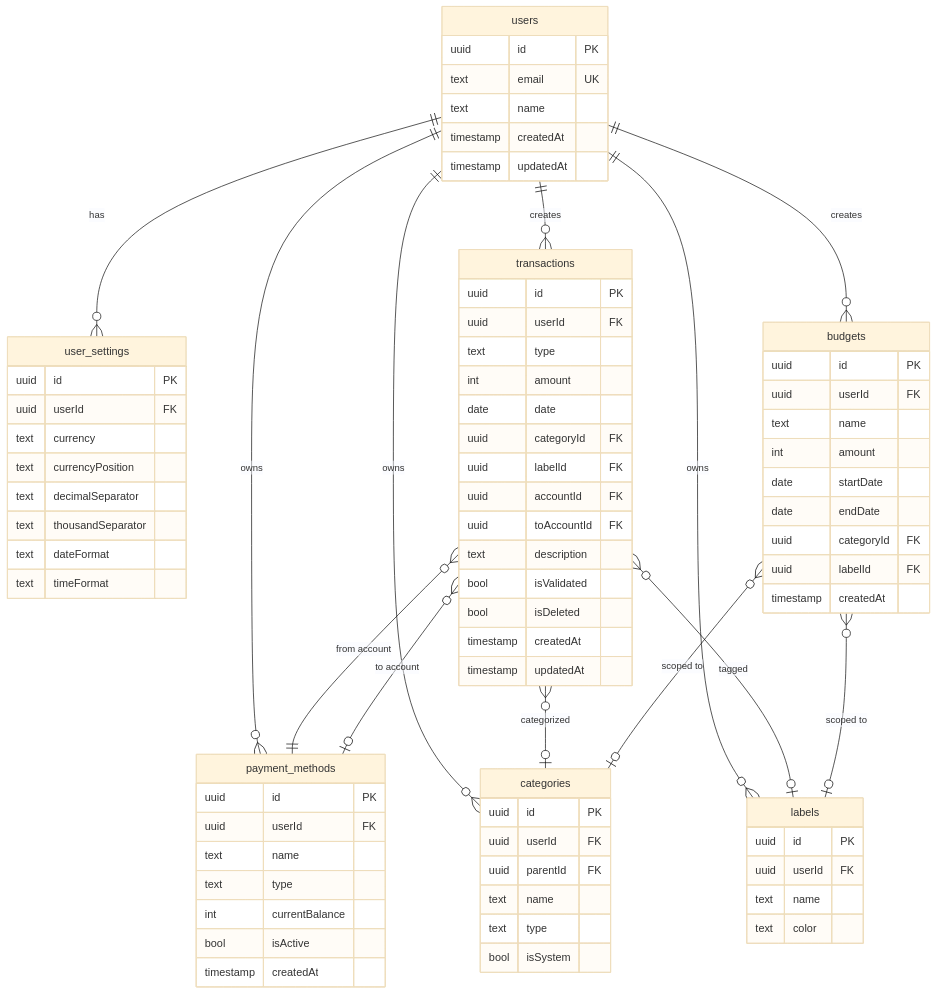
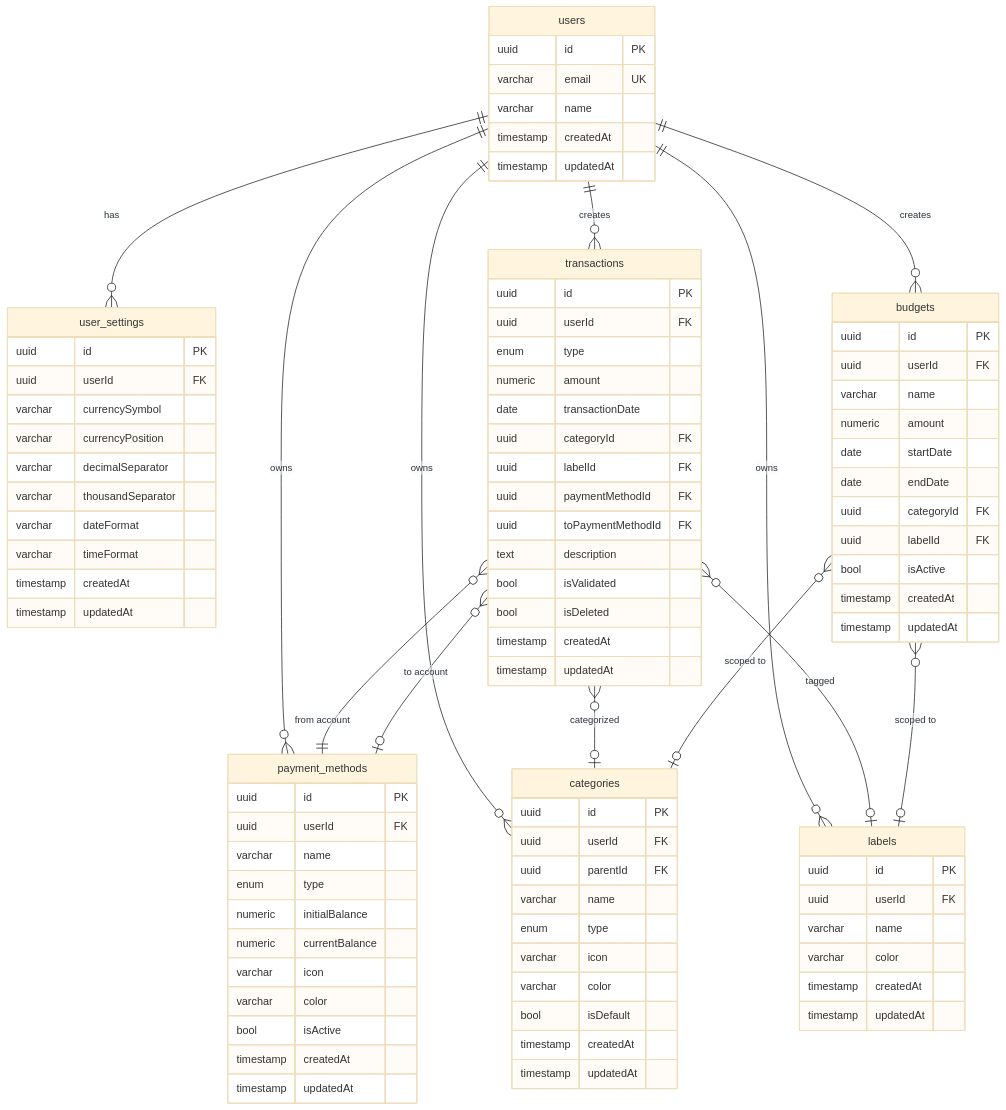
One commit to micheltsarasoa/expense-tracker-v2 changed the diagram in docs/tech-spec.md. Above: the diagram before and after it, drawn with Mermaid (base theme). The commit also changed other lines of this file and 19 other files, not shown here.

First line of the commit message:
feat(db): port domain schema and apply baseline migration

```diff
--- a/docs/tech-spec.md
+++ b/docs/tech-spec.md
@@ -108,54 +108,66 @@
 erDiagram
   users {
     uuid id PK
-    text email UK
-    text name
+    varchar email UK
+    varchar name
     timestamp createdAt
     timestamp updatedAt
   }
   user_settings {
     uuid id PK
     uuid userId FK
-    text currency
-    text currencyPosition
-    text decimalSeparator
-    text thousandSeparator
-    text dateFormat
-    text timeFormat
+    varchar currencySymbol
+    varchar currencyPosition
+    varchar decimalSeparator
+    varchar thousandSeparator
+    varchar dateFormat
+    varchar timeFormat
+    timestamp createdAt
+    timestamp updatedAt
   }
   payment_methods {
     uuid id PK
     uuid userId FK
-    text name
-    text type
-    int currentBalance
+    varchar name
+    enum type
+    numeric initialBalance
+    numeric currentBalance
+    varchar icon
+    varchar color
     bool isActive
     timestamp createdAt
+    timestamp updatedAt
   }
   categories {
     uuid id PK
     uuid userId FK
     uuid parentId FK
-    text name
-    text type
-    bool isSystem
+    varchar name
+    enum type
+    varchar icon
+    varchar color
+    bool isDefault
+    timestamp createdAt
+    timestamp updatedAt
   }
   labels {
     uuid id PK
     uuid userId FK
-    text name
-    text color
+    varchar name
+    varchar color
+    timestamp createdAt
+    timestamp updatedAt
   }
   transactions {
     uuid id PK
     uuid userId FK
-    text type
-    int amount
-    date date
+    enum type
+    numeric amount
+    date transactionDate
     uuid categoryId FK
     uuid labelId FK
-    uuid accountId FK
-    uuid toAccountId FK
+    uuid paymentMethodId FK
+    uuid toPaymentMethodId FK
     text description
     bool isValidated
     bool isDeleted
@@ -165,13 +177,15 @@
   budgets {
     uuid id PK
     uuid userId FK
-    text name
-    int amount
+    varchar name
+    numeric amount
     date startDate
     date endDate
     uuid categoryId FK
     uuid labelId FK
+    bool isActive
     timestamp createdAt
+    timestamp updatedAt
   }
 
   users ||--o{ user_settings : "has"
```
